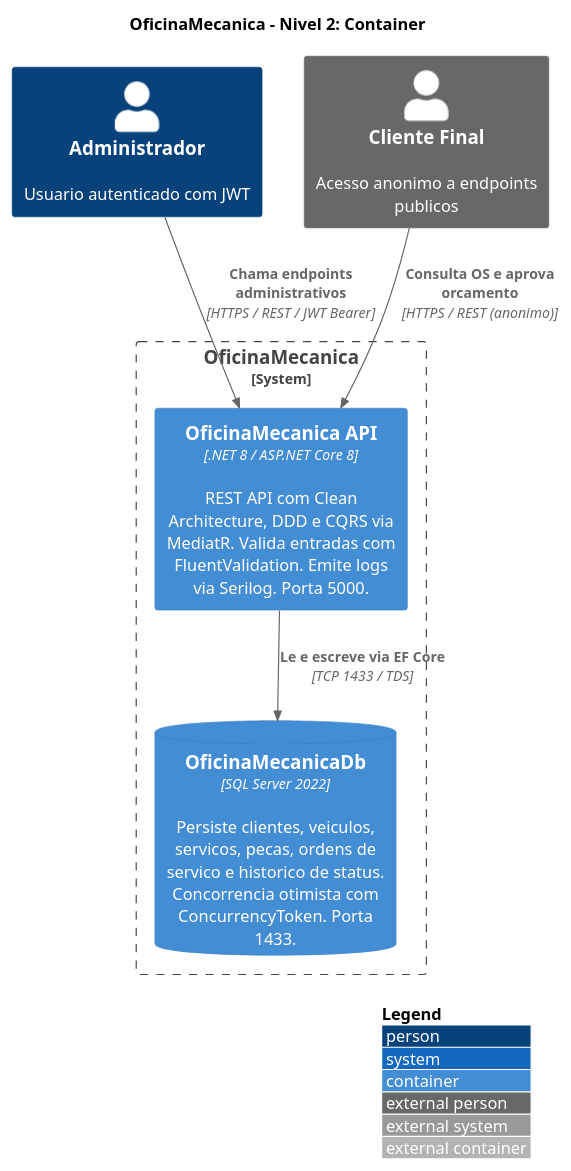
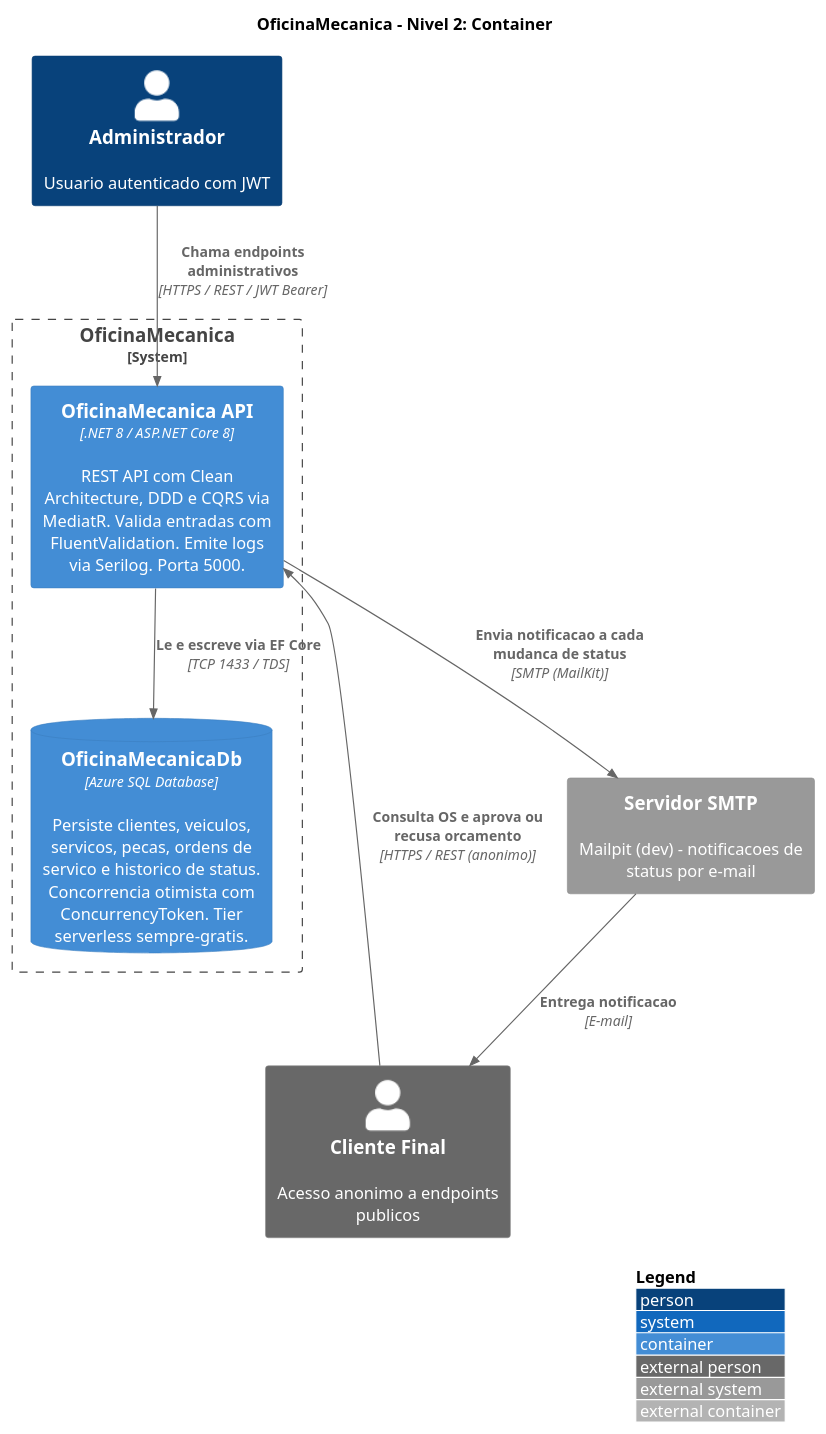
Before and after one commit to willianrmattos/OficinaMecanica: the diagram in docs/c4-nivel2-container.puml, drawn with PlantUML. The commit also changed 39 other files, not shown here.

```diff
--- a/docs/c4-nivel2-container.puml
+++ b/docs/c4-nivel2-container.puml
@@ -1,21 +1,24 @@
 @startuml c4-nivel2-container
 !include <C4/C4_Container>
 
 LAYOUT_TOP_DOWN()
 LAYOUT_WITH_LEGEND()
 
 title OficinaMecanica - Nivel 2: Container
 
 Person(admin, "Administrador", "Usuario autenticado com JWT")
 Person_Ext(cliente, "Cliente Final", "Acesso anonimo a endpoints publicos")
+System_Ext(smtp, "Servidor SMTP", "Mailpit (dev) - notificacoes de status por e-mail")
 
 System_Boundary(oficina, "OficinaMecanica") {
     Container(api, "OficinaMecanica API", ".NET 8 / ASP.NET Core 8", "REST API com Clean Architecture, DDD e CQRS via MediatR. Valida entradas com FluentValidation. Emite logs via Serilog. Porta 5000.")
-    ContainerDb(db, "OficinaMecanicaDb", "SQL Server 2022", "Persiste clientes, veiculos, servicos, pecas, ordens de servico e historico de status. Concorrencia otimista com ConcurrencyToken. Porta 1433.")
+    ContainerDb(db, "OficinaMecanicaDb", "Azure SQL Database", "Persiste clientes, veiculos, servicos, pecas, ordens de servico e historico de status. Concorrencia otimista com ConcurrencyToken. Tier serverless sempre-gratis.")
 }
 
 Rel(admin, api, "Chama endpoints administrativos", "HTTPS / REST / JWT Bearer")
-Rel(cliente, api, "Consulta OS e aprova orcamento", "HTTPS / REST (anonimo)")
+Rel(cliente, api, "Consulta OS e aprova ou recusa orcamento", "HTTPS / REST (anonimo)")
 Rel(api, db, "Le e escreve via EF Core", "TCP 1433 / TDS")
+Rel(api, smtp, "Envia notificacao a cada mudanca de status", "SMTP (MailKit)")
+Rel(smtp, cliente, "Entrega notificacao", "E-mail")
 
 @enduml
```
